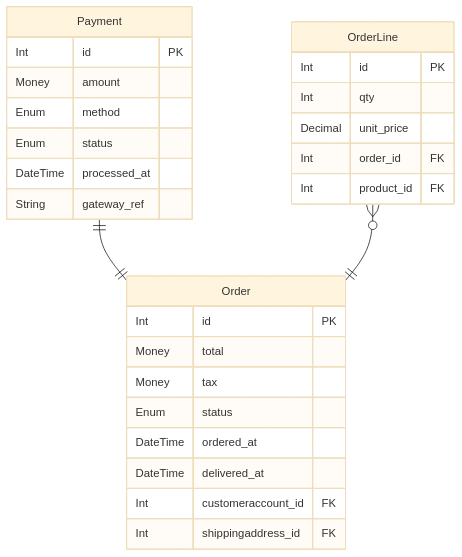
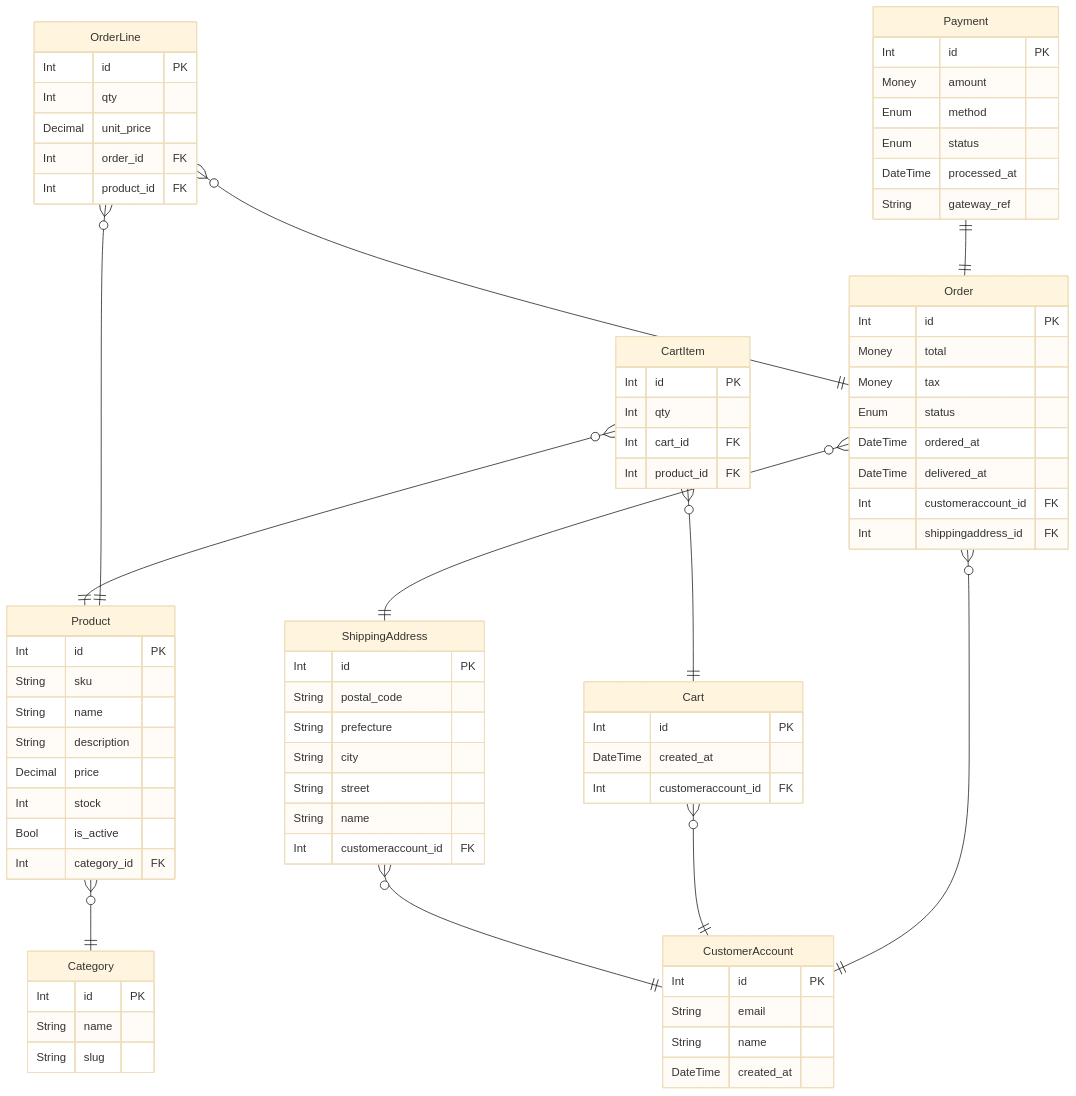
The first of 4 diagrams in README.md (manji-0/rdra-ish-dsl), drawn with Mermaid (base theme) before and after one commit. The commit also changed other lines of this file, not shown here.

Commit message:
docs: update README sequence examples

````diff
--- a/README.md
+++ b/README.md
@@ -487,30 +488,79 @@
 ```mermaid
 erDiagram
+  Cart {
+    Int id PK
+    DateTime created_at
+    Int customeraccount_id FK
+  }
+  CartItem {
+    Int id PK
+    Int qty
+    Int cart_id FK
+    Int product_id FK
+  }
+  Category {
+    Int id PK
+    String name
+    String slug
+  }
+  CustomerAccount {
+    Int id PK
+    String email
+    String name
+    DateTime created_at
+  }
   Order {
     Int id PK
     Money total
     Money tax
     Enum status
     DateTime ordered_at
     DateTime delivered_at
     Int customeraccount_id FK
     Int shippingaddress_id FK
   }
+  OrderLine {
+    Int id PK
+    Int qty
+    Decimal unit_price
+    Int order_id FK
+    Int product_id FK
+  }
   Payment {
     Int id PK
     Money amount
     Enum method
     Enum status
     DateTime processed_at
     String gateway_ref
   }
-  OrderLine {
+  Product {
     Int id PK
-    Int qty
-    Decimal unit_price
-    Int order_id FK
-    Int product_id FK
+    String sku
+    String name
+    String description
+    Decimal price
+    Int stock
+    Bool is_active
+    Int category_id FK
   }
+  ShippingAddress {
+    Int id PK
+    String postal_code
+    String prefecture
+    String city
+    String street
+    String name
+    Int customeraccount_id FK
+  }
+  Product }o--|| Category : ""
+  ShippingAddress }o--|| CustomerAccount : ""
+  Cart }o--|| CustomerAccount : ""
+  CartItem }o--|| Product : ""
+  CartItem }o--|| Cart : ""
+  Order }o--|| CustomerAccount : ""
+  Order }o--|| ShippingAddress : ""
+  OrderLine }o--|| Product : ""
+  OrderLine }o--|| Order : ""
   Payment ||--|| Order : ""
-  OrderLine }o--|| Order : ""
 ```
````
